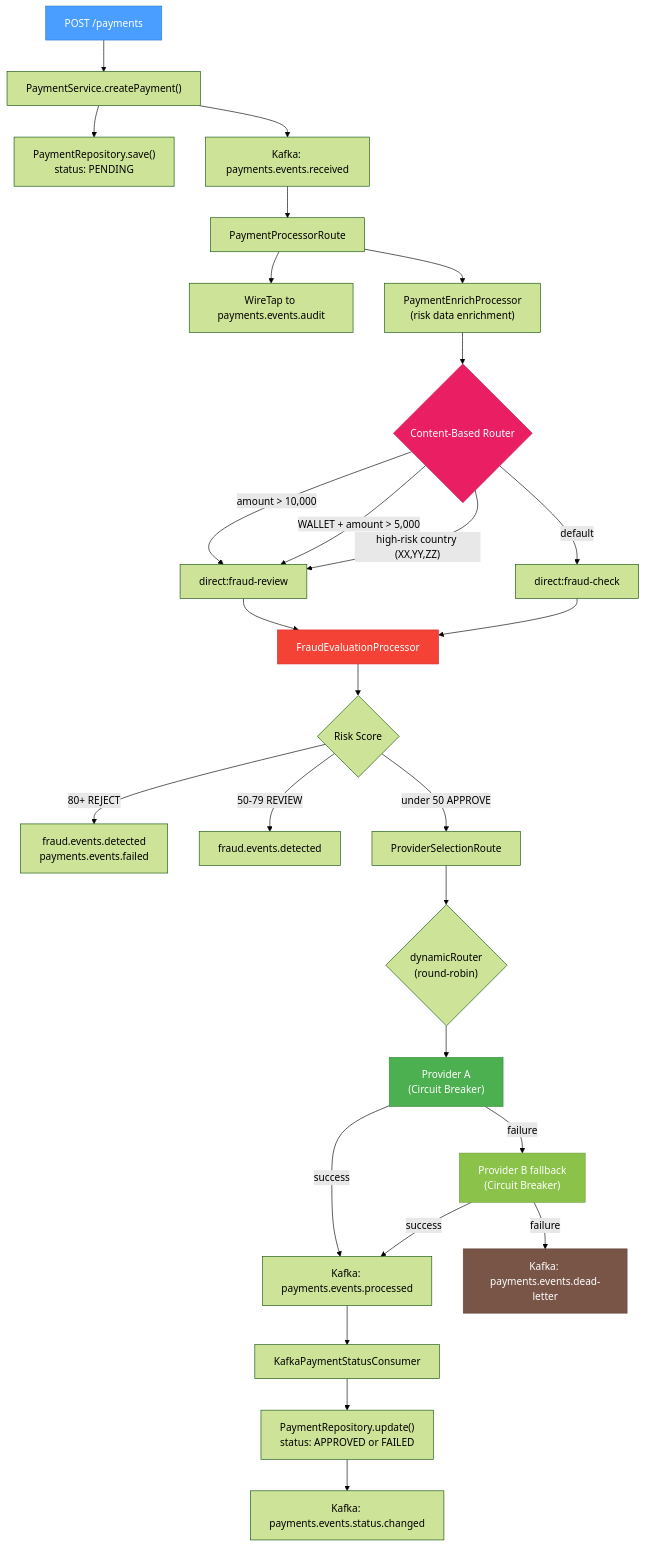
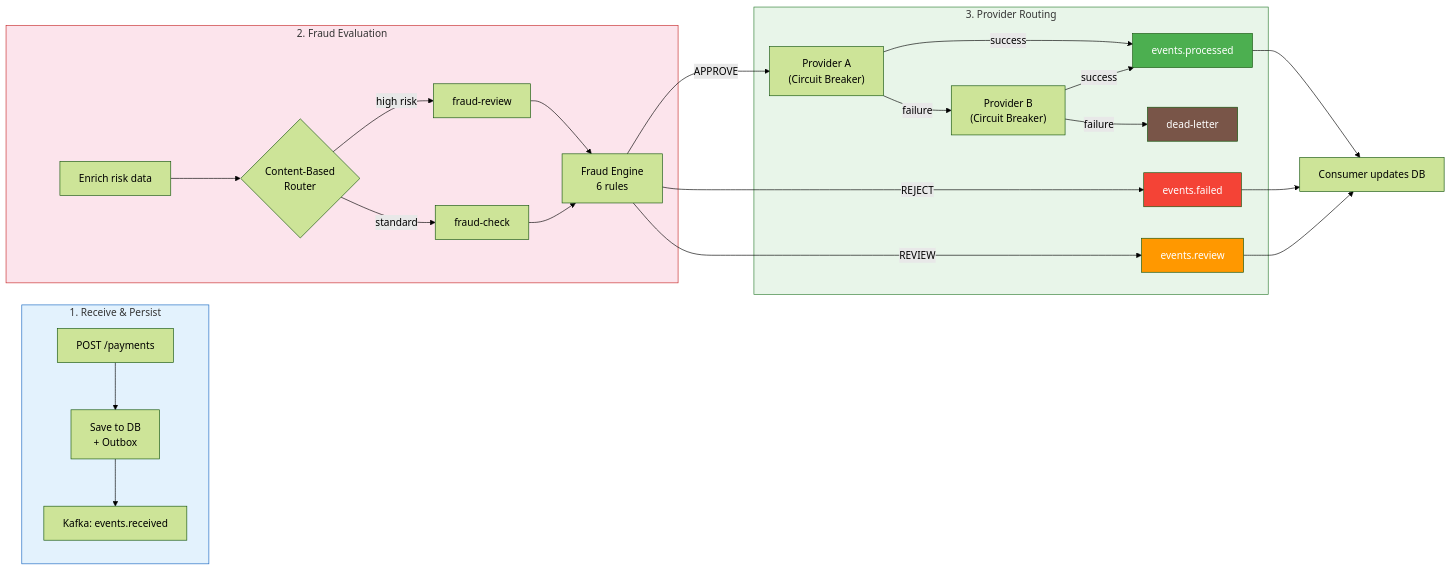
The third of 5 diagrams in README.md (sergio11/camel_payment_orchestrator_poc), drawn with Mermaid (forest theme) before and after one commit. The commit also changed other lines of this file, not shown here.

First line of the commit message:
docs: overhaul README to align with current codebase architecture

````diff
--- a/README.md
+++ b/README.md
@@ -189,36 +184,37 @@
 ```mermaid
-flowchart TD
-    A["POST /payments"] --> B["PaymentService.createPayment()"]
-    B --> C["PaymentRepository.save()<br/>status: PENDING"]
-    B --> D["Kafka: payments.events.received"]
-    D --> E["PaymentProcessorRoute"]
-    E --> F["WireTap to payments.events.audit"]
-    E --> G["PaymentEnrichProcessor<br/>(risk data enrichment)"]
-    G --> H{"Content-Based Router"}
-    H -->|"amount > 10,000"| I["direct:fraud-review"]
-    H -->|"WALLET + amount > 5,000"| I
-    H -->|"high-risk country (XX,YY,ZZ)"| I
-    H -->|"default"| J["direct:fraud-check"]
-    I --> K["FraudEvaluationProcessor"]
-    J --> K
-    K --> L{"Risk Score"}
-    L -->|"80+ REJECT"| M["fraud.events.detected<br/>payments.events.failed"]
-    L -->|"50-79 REVIEW"| N["fraud.events.detected"]
-    L -->|"under 50 APPROVE"| O["ProviderSelectionRoute"]
-    O --> P{"dynamicRouter<br/>(round-robin)"}
-    P --> Q["Provider A<br/>(Circuit Breaker)"]
-    Q -->|"success"| R["Kafka: payments.events.processed"]
-    Q -->|"failure"| S["Provider B fallback<br/>(Circuit Breaker)"]
-    S -->|"success"| R
-    S -->|"failure"| T["Kafka: payments.events.dead-letter"]
-    R --> U["KafkaPaymentStatusConsumer"]
-    U --> V["PaymentRepository.update()<br/>status: APPROVED or FAILED"]
-    V --> W["Kafka: payments.events.status.changed"]
+flowchart LR
+    subgraph Phase1 ["1. Receive & Persist"]
+        A["POST /payments"] --> B["Save to DB\n+ Outbox"]
+        B --> C["Kafka: events.received"]
+    end
 
-    style A fill:#4a9eff,color:#fff,stroke:#2d7dd2
-    style H fill:#e91e63,color:#fff,stroke:#c2185b
-    style K fill:#f44336,color:#fff,stroke:#d32f2f
-    style Q fill:#4caf50,color:#fff,stroke:#388e3c
-    style S fill:#8bc34a,color:#fff,stroke:#689f38
-    style T fill:#795548,color:#fff,stroke:#5d4037
+    subgraph Phase2 ["2. Fraud Evaluation"]
+        D["Enrich risk data"] --> E{"Content-Based\nRouter"}
+        E -->|"high risk"| F["fraud-review"]
+        E -->|"standard"| G["fraud-check"]
+        F --> H["Fraud Engine\n6 rules"]
+        G --> H
+    end
+
+    subgraph Phase3 ["3. Provider Routing"]
+        H -->|"APPROVE"| I["Provider A\n(Circuit Breaker)"]
+        I -->|"failure"| J["Provider B\n(Circuit Breaker)"]
+        I -->|"success"| K["events.processed"]
+        J -->|"success"| K
+        J -->|"failure"| L["dead-letter"]
+        H -->|"REJECT"| M["events.failed"]
+        H -->|"REVIEW"| N["events.review"]
+    end
+
+    K --> O["Consumer updates DB"]
+    M --> O
+    N --> O
+
+    style Phase1 fill:#e3f2fd,stroke:#1565c0
+    style Phase2 fill:#fce4ec,stroke:#c62828
+    style Phase3 fill:#e8f5e9,stroke:#2e7d32
+    style K fill:#4caf50,color:#fff
+    style L fill:#795548,color:#fff
+    style M fill:#f44336,color:#fff
+    style N fill:#ff9800,color:#fff
 ```
````
